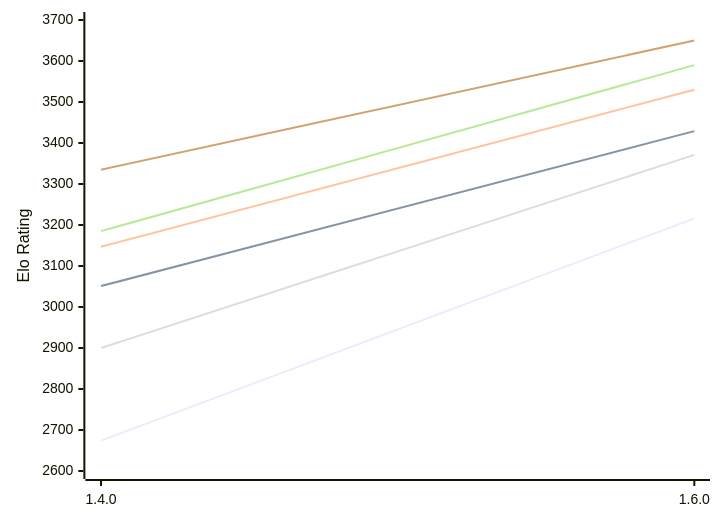
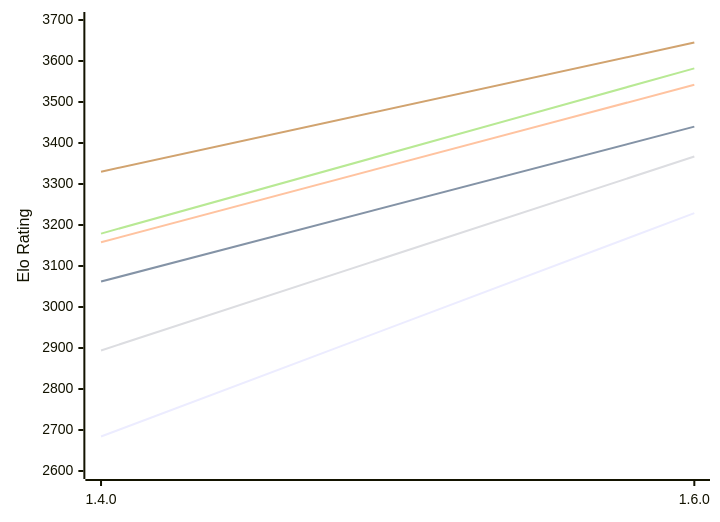
The first of 2 diagrams in engines/Gyatso.md (computer-chess-index/cci), drawn with Mermaid before and after one commit. The commit also changed other lines of this file, not shown here.

Commit message:
Update CCI Ratings (ELO VLTC) - 2026-11-06

````diff
--- a/engines/Gyatso.md
+++ b/engines/Gyatso.md
@@ -53,12 +53,12 @@
 ```mermaid
 %%{init: {"theme":"base","themeVariables":{"seriesColors:['#a3a3a3','#222221','#faa371']}}}%%
 xychart-beta
   x-axis ["1.4.0", "1.6.0"]
   y-axis "Elo Rating" 2600 --> 3700
-  line "E1: STC (8.0+0.08s)" [2674, 3216]
-  line "E1: LTC (60.0+0.60s)" [3051, 3429]
-  line "E1: VLTC (2m24s+1.12s)" [3147, 3530]
-  line "P1: STC (8.0+0.08s)" [2900, 3371]
-  line "P1: LTC (60.0+0.60s)" [3185, 3590]
-  line "P1: VLTC (2m24s+1.12s)" [3335, 3650]
+  line "E1: STC (8.0+0.08s)" [2684, 3229]
+  line "E1: LTC (60.0+0.60s)" [3062, 3440]
+  line "E1: VLTC (2m24s+1.12s)" [3158, 3542]
+  line "P1: STC (8.0+0.08s)" [2894, 3367]
+  line "P1: LTC (60.0+0.60s)" [3179, 3582]
+  line "P1: VLTC (2m24s+1.12s)" [3330, 3645]
 ```
````
